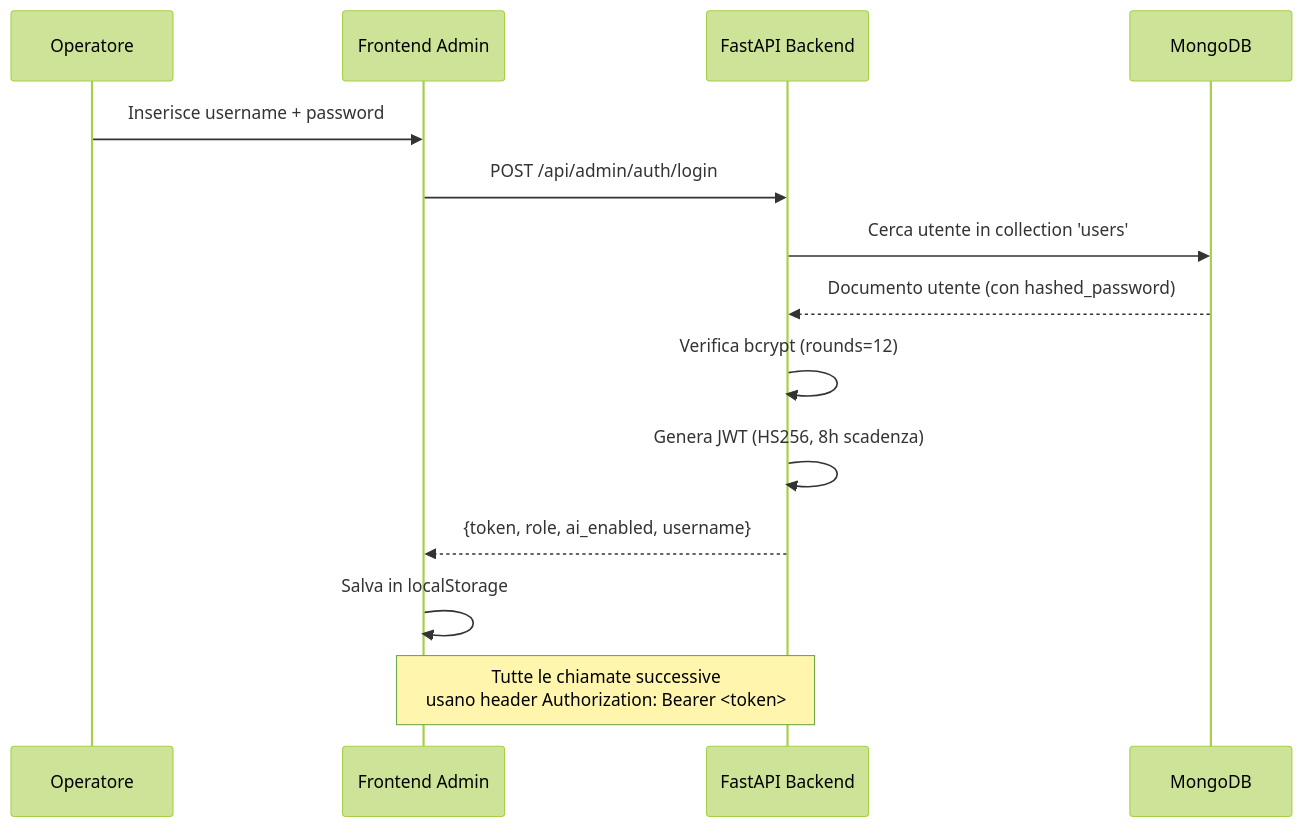
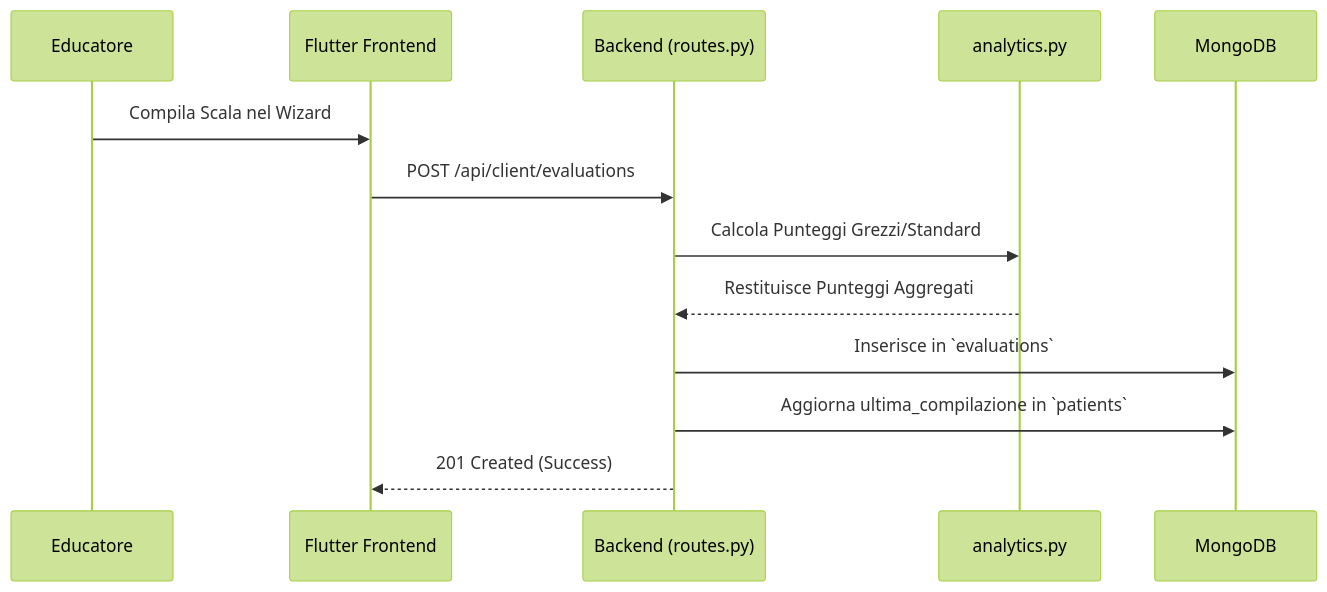
Before and after one commit to RazorCopter/Autify: the second of 4 diagrams in ARCHITECTURE_MAP.md, drawn with Mermaid (forest theme). The commit also changed other lines of this file and 8 other files, not shown here.

Commit message:
feat: revisione profonda ARCHITECTURE_MAP.md e aggiornamento versione a 2.18.4

````diff
--- a/ARCHITECTURE_MAP.md
+++ b/ARCHITECTURE_MAP.md
@@ -183,17 +177,16 @@
 ```mermaid
 sequenceDiagram
-    participant U as Operatore
-    participant F as Frontend Admin
-    participant A as FastAPI Backend
+    participant EDU as Educatore
+    participant UI as Flutter Frontend
+    participant API as Backend (routes.py)
+    participant AN as analytics.py
     participant DB as MongoDB
 
-    U->>F: Inserisce username + password
-    F->>A: POST /api/admin/auth/login
-    A->>DB: Cerca utente in collection 'users'
-    DB-->>A: Documento utente (con hashed_password)
-    A->>A: Verifica bcrypt (rounds=12)
-    A->>A: Genera JWT (HS256, 8h scadenza)
-    A-->>F: {token, role, ai_enabled, username}
-    F->>F: Salva in localStorage
-    Note over F,A: Tutte le chiamate successive<br/>usano header Authorization: Bearer <token>
+    EDU->>UI: Compila Scala nel Wizard
+    UI->>API: POST /api/client/evaluations
+    API->>AN: Calcola Punteggi Grezzi/Standard
+    AN-->>API: Restituisce Punteggi Aggregati
+    API->>DB: Inserisce in `evaluations`
+    API->>DB: Aggiorna ultima_compilazione in `patients`
+    API-->>UI: 201 Created (Success)
 ```
````
